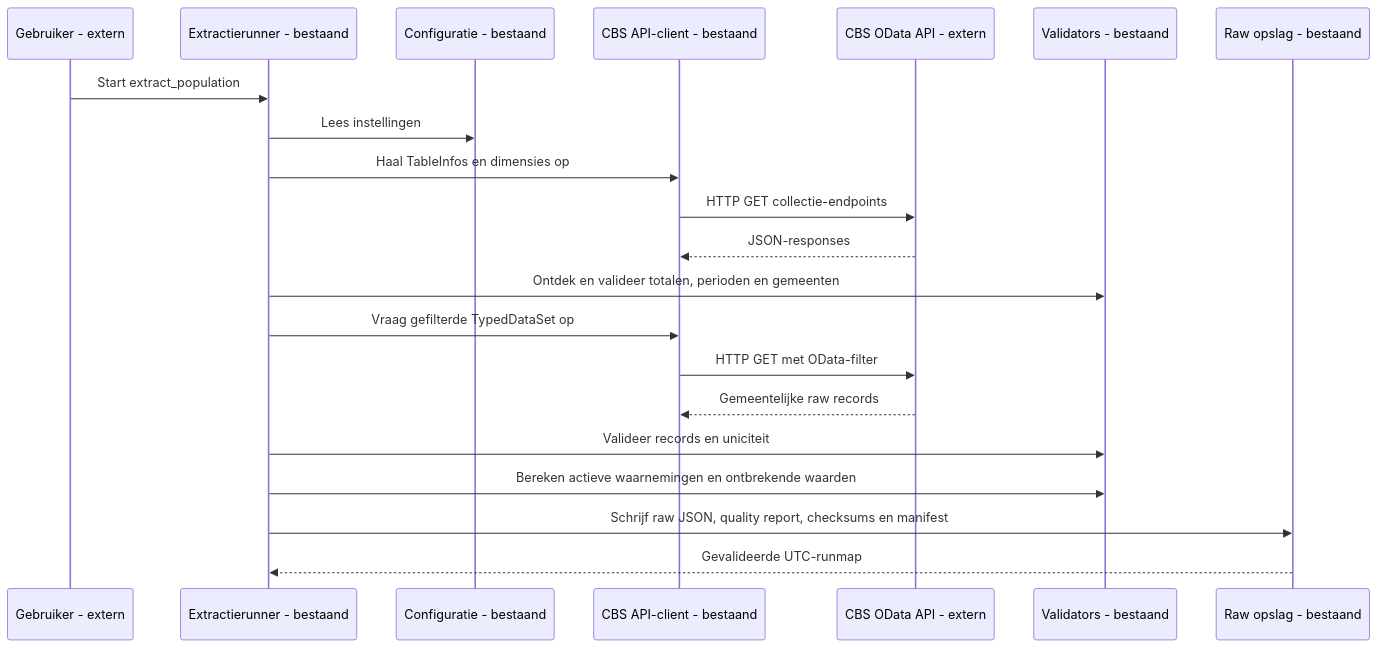
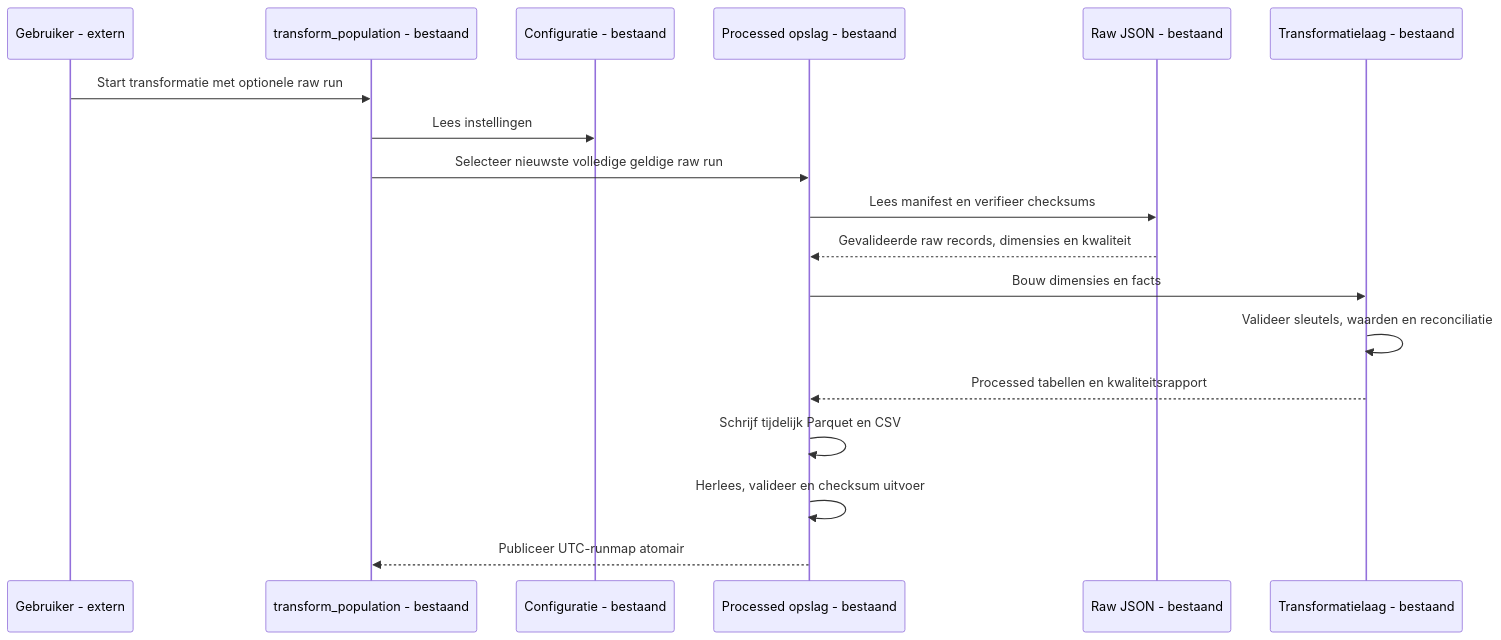
The fourth of 5 diagrams in docs/architecture.md (salahooo/gemeente-data-platform), drawn with Mermaid before and after one commit. The commit also changed other lines of this file and 15 other files, not shown here.

Commit message:
feat: add processed municipal population model

````diff
--- a/docs/architecture.md
+++ b/docs/architecture.md
@@ -83,24 +83,21 @@
 ```mermaid
 sequenceDiagram
     participant U as Gebruiker - extern
-    participant R as Extractierunner - bestaand
+    participant R as transform_population - bestaand
     participant C as Configuratie - bestaand
-    participant A as CBS API-client - bestaand
-    participant O as CBS OData API - extern
-    participant V as Validators - bestaand
-    participant S as Raw opslag - bestaand
+    participant S as Processed opslag - bestaand
+    participant W as Raw JSON - bestaand
+    participant T as Transformatielaag - bestaand
 
-    U->>R: Start extract_population
+    U->>R: Start transformatie met optionele raw run
     R->>C: Lees instellingen
-    R->>A: Haal TableInfos en dimensies op
-    A->>O: HTTP GET collectie-endpoints
-    O-->>A: JSON-responses
-    R->>V: Ontdek en valideer totalen, perioden en gemeenten
-    R->>A: Vraag gefilterde TypedDataSet op
-    A->>O: HTTP GET met OData-filter
-    O-->>A: Gemeentelijke raw records
-    R->>V: Valideer records en uniciteit
-    R->>V: Bereken actieve waarnemingen en ontbrekende waarden
-    R->>S: Schrijf raw JSON, quality report, checksums en manifest
-    S-->>R: Gevalideerde UTC-runmap
+    R->>S: Selecteer nieuwste volledige geldige raw run
+    S->>W: Lees manifest en verifieer checksums
+    W-->>S: Gevalideerde raw records, dimensies en kwaliteit
+    S->>T: Bouw dimensies en facts
+    T->>T: Valideer sleutels, waarden en reconciliatie
+    T-->>S: Processed tabellen en kwaliteitsrapport
+    S->>S: Schrijf tijdelijk Parquet en CSV
+    S->>S: Herlees, valideer en checksum uitvoer
+    S-->>R: Publiceer UTC-runmap atomair
 ```
````
